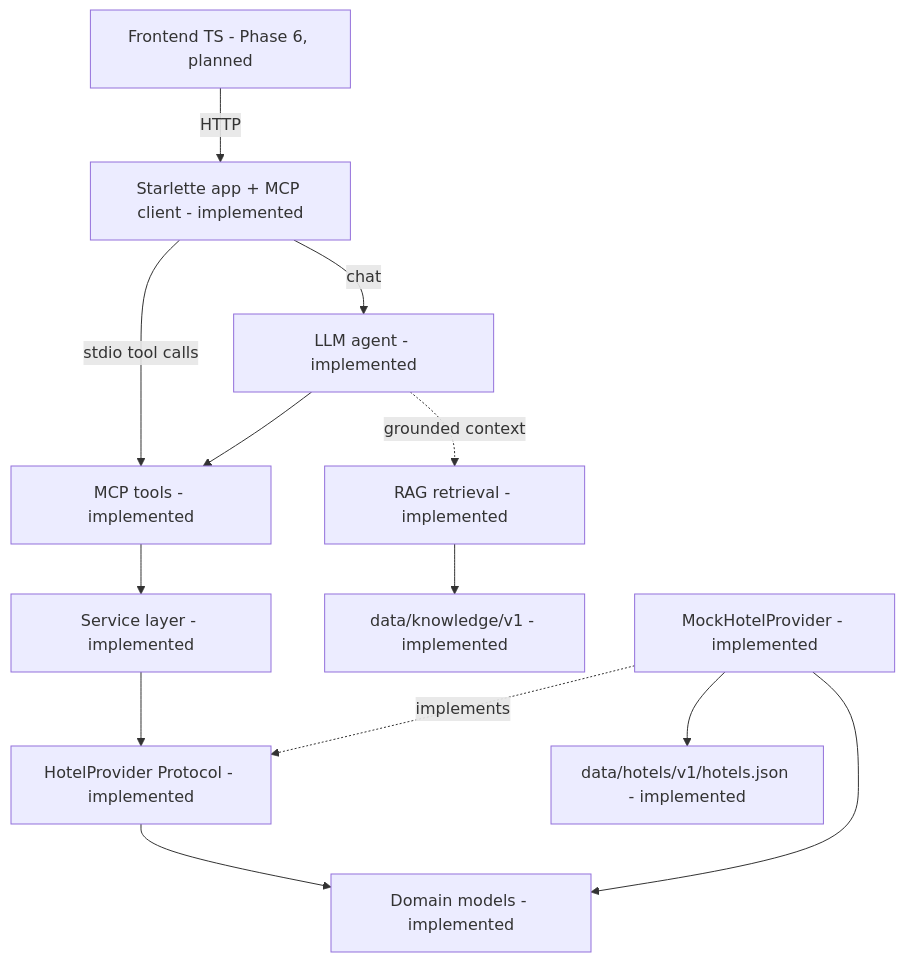
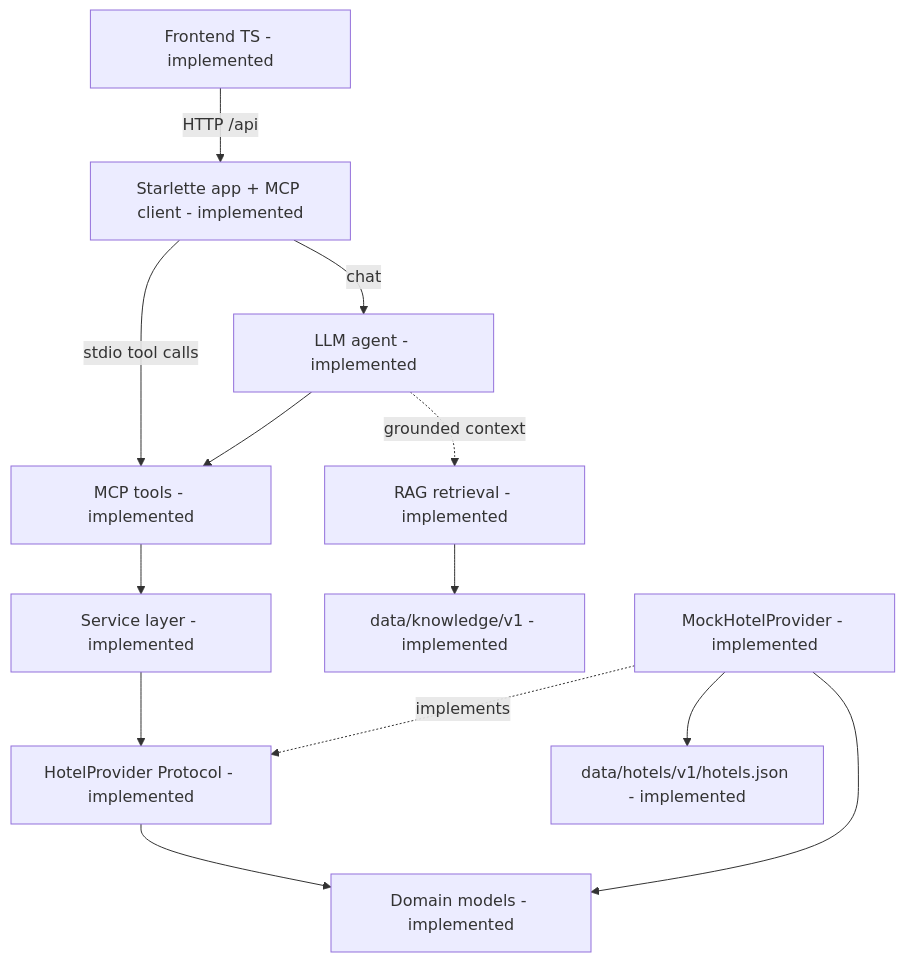
Before and after one commit to aklid01/staysmart-ai: the diagram in docs/ARCHITECTURE.md, drawn with Mermaid. The commit also changed other lines of this file and 2 other files, not shown here.

Commit message:
docs: document phase 6 frontend and update architecture

````diff
--- a/docs/ARCHITECTURE.md
+++ b/docs/ARCHITECTURE.md
@@ -21,15 +21,15 @@
 ```mermaid
 flowchart TD
-  FE["Frontend TS - Phase 6, planned"] -->|HTTP| APP["Starlette app + MCP client - implemented"]
+  FE["Frontend TS - implemented"] -->|"HTTP /api"| APP["Starlette app + MCP client - implemented"]
   APP -->|"stdio tool calls"| TOOLS["MCP tools - implemented"]
   APP -->|"chat"| AGENT["LLM agent - implemented"]
   AGENT --> TOOLS
   AGENT -.->|"grounded context"| RAG["RAG retrieval - implemented"]
   RAG --> CORPUS["data/knowledge/v1 - implemented"]
   TOOLS --> SVC["Service layer - implemented"]
   SVC --> PROTO["HotelProvider Protocol - implemented"]
   MOCK["MockHotelProvider - implemented"] -.->|implements| PROTO
   MOCK --> DATA["data/hotels/v1/hotels.json - implemented"]
   PROTO --> MODELS["Domain models - implemented"]
   MOCK --> MODELS
 ```
````
